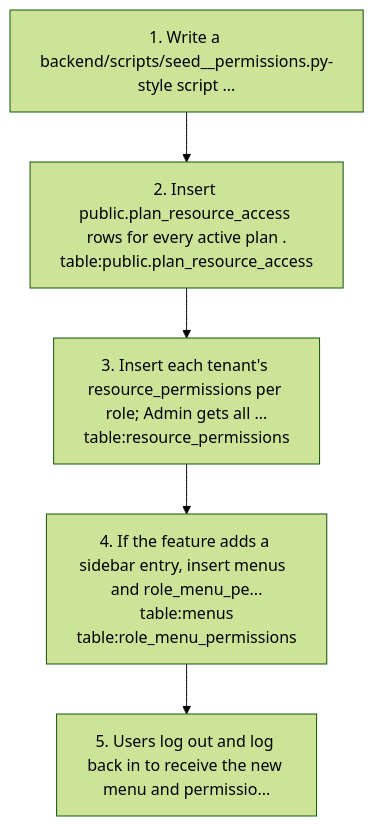
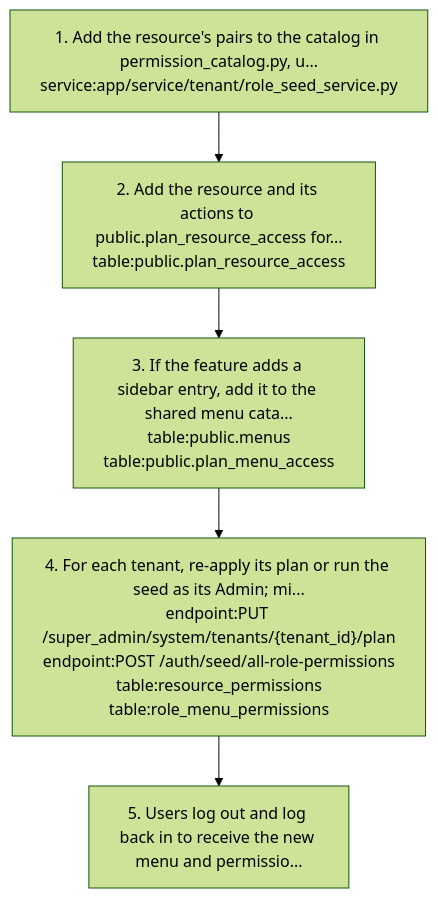
Before and after one commit to nerellasraj21/cos360_full_app: the second of 7 diagrams in docs/graph/views/tenants-and-admin.md, drawn with Mermaid (forest theme). The commit also changed other lines of this file and 44 other files, not shown here.

First line of the commit message:
Re-verify project docs and knowledge graph against current code

````diff
--- a/docs/graph/views/tenants-and-admin.md
+++ b/docs/graph/views/tenants-and-admin.md
@@ -183,12 +184,12 @@
 ```mermaid
 flowchart TD
-  s1["1. Write a backend/scripts/seed_<feature>_permissions.py-style script ..."]
-  s2["2. Insert public.plan_resource_access rows for every active plan .<br/>table:public.plan_resource_access"]
+  s1["1. Add the resource's pairs to the catalog in permission_catalog.py, u...<br/>service:app/service/tenant/role_seed_service.py"]
+  s2["2. Add the resource and its actions to public.plan_resource_access for...<br/>table:public.plan_resource_access"]
   s1 --> s2
-  s3["3. Insert each tenant's resource_permissions per role; Admin gets all ...<br/>table:resource_permissions"]
+  s3["3. If the feature adds a sidebar entry, add it to the shared menu cata...<br/>table:public.menus<br/>table:public.plan_menu_access"]
   s2 --> s3
-  s4["4. If the feature adds a sidebar entry, insert menus  and role_menu_pe...<br/>table:menus<br/>table:role_menu_permissions"]
+  s4["4. For each tenant, re-apply its plan or run the seed as its Admin; mi...<br/>endpoint:PUT /super_admin/system/tenants/{tenant_id}/plan<br/>endpoint:POST /auth/seed/all-role-permissions<br/>table:resource_permissions<br/>table:role_menu_permissions"]
   s3 --> s4
   s5["5. Users log out and log back in to receive the new menu and permissio..."]
   s4 --> s5
 ```
````
